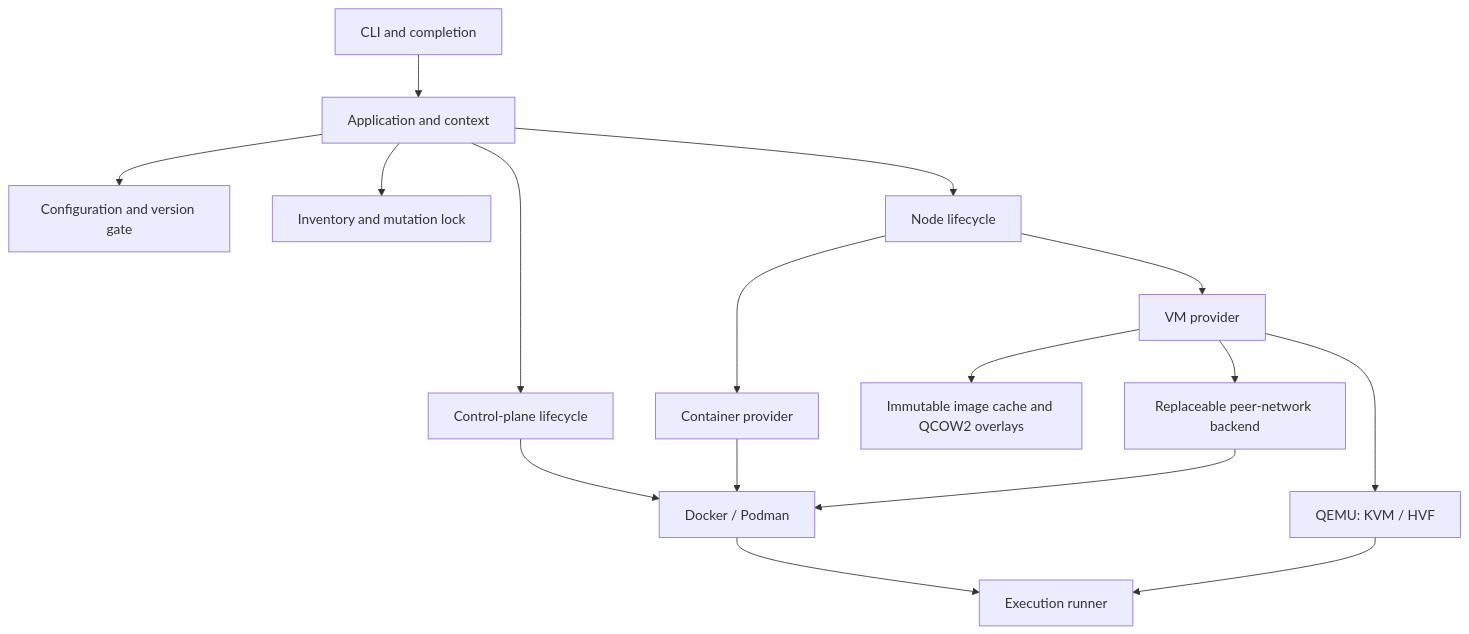
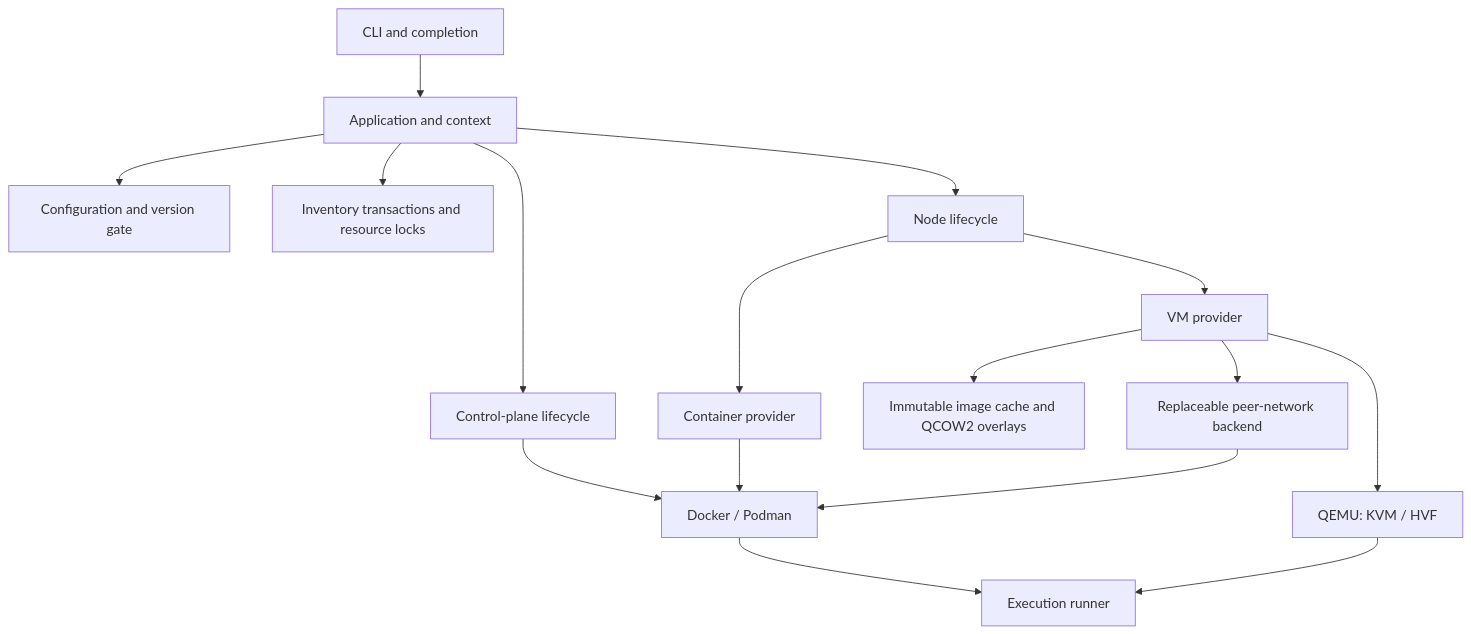
Before and after one commit to c8m6/empeira: the diagram in docs/architecture.md, drawn with Mermaid. The commit also changed other lines of this file and 82 other files, not shown here.

````diff
--- a/docs/architecture.md
+++ b/docs/architecture.md
@@ -16,18 +16,18 @@
 ```mermaid
 flowchart TD
     CLI[CLI and completion] --> App[Application and context]
     App --> Config[Configuration and version gate]
-    App --> State[Inventory and mutation lock]
+    App --> State[Inventory transactions and resource locks]
     App --> Plane[Control-plane lifecycle]
     App --> Nodes[Node lifecycle]
     Plane --> Runtime[Docker / Podman]
     Nodes --> Container[Container provider]
     Nodes --> VM[VM provider]
     Container --> Runtime
     VM --> QEMU[QEMU: KVM / HVF]
     VM --> Images[Immutable image cache and QCOW2 overlays]
     VM --> Peer[Replaceable peer-network backend]
     Peer --> Runtime
     Runtime --> Runner[Execution runner]
     QEMU --> Runner
 ```
````
